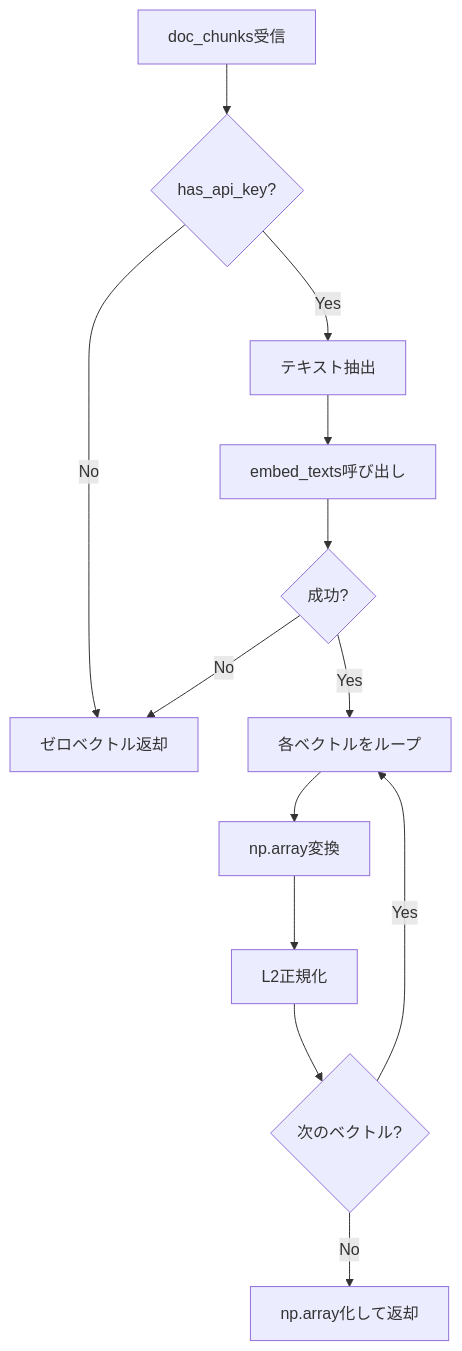
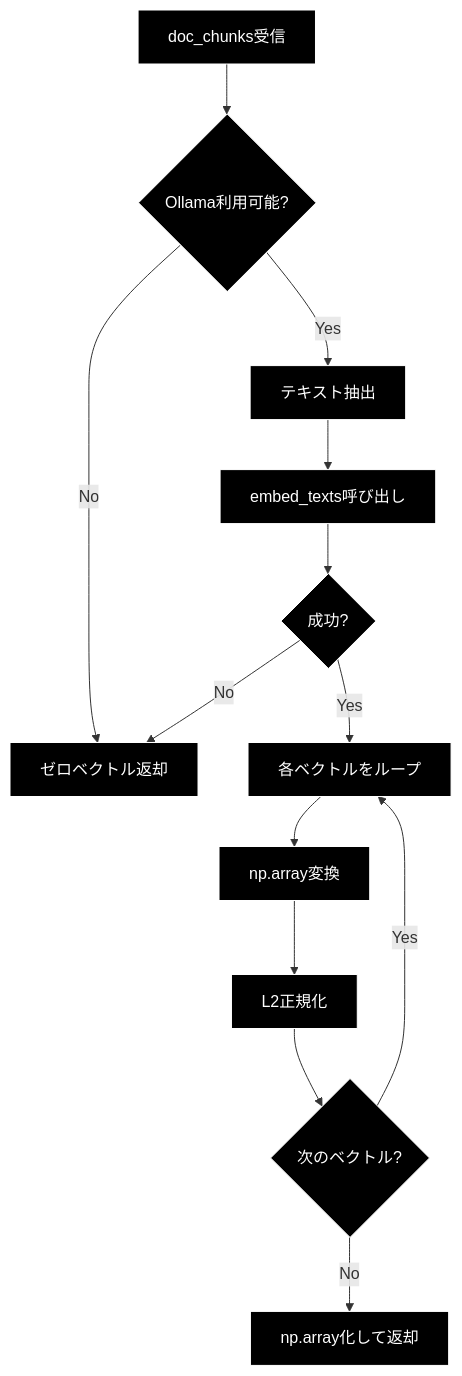
The sixth of 9 diagrams in qa_generation/doc/semantic.md (nakashima2toshio/ollama_grace_agent_v2), drawn with Mermaid before and after one commit. The commit also changed other lines of this file and 7 other files, not shown here.

````diff
--- a/qa_generation/doc/semantic.md
+++ b/qa_generation/doc/semantic.md
@@ -297,15 +319,18 @@
 ```mermaid
 flowchart TD
-    A[doc_chunks受信] --> B{has_api_key?}
+    A[doc_chunks受信] --> B{Ollama利用可能?}
     B -->|No| C[ゼロベクトル返却]
     B -->|Yes| D[テキスト抽出]
     D --> E[embed_texts呼び出し]
     E --> F{成功?}
     F -->|Yes| G[各ベクトルをループ]
     G --> H[np.array変換]
     H --> I[L2正規化]
     I --> J{次のベクトル?}
     J -->|Yes| G
     J -->|No| K[np.array化して返却]
     F -->|No| C
+classDef default fill:#000,stroke:#fff,color:#fff
+classDef subgraphStyle fill:#1a1a1a,stroke:#fff,color:#fff
+class A,B,C,D,E,F,G,H,I,J,K default
 ```
````
